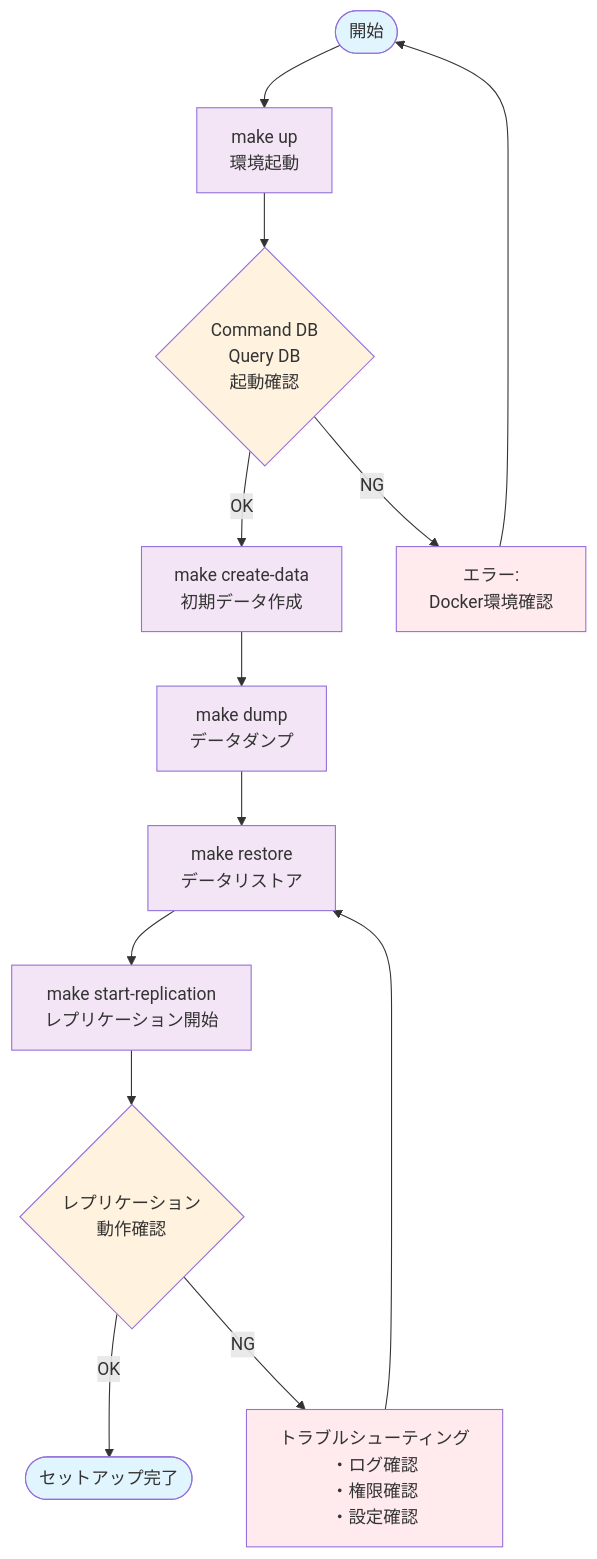
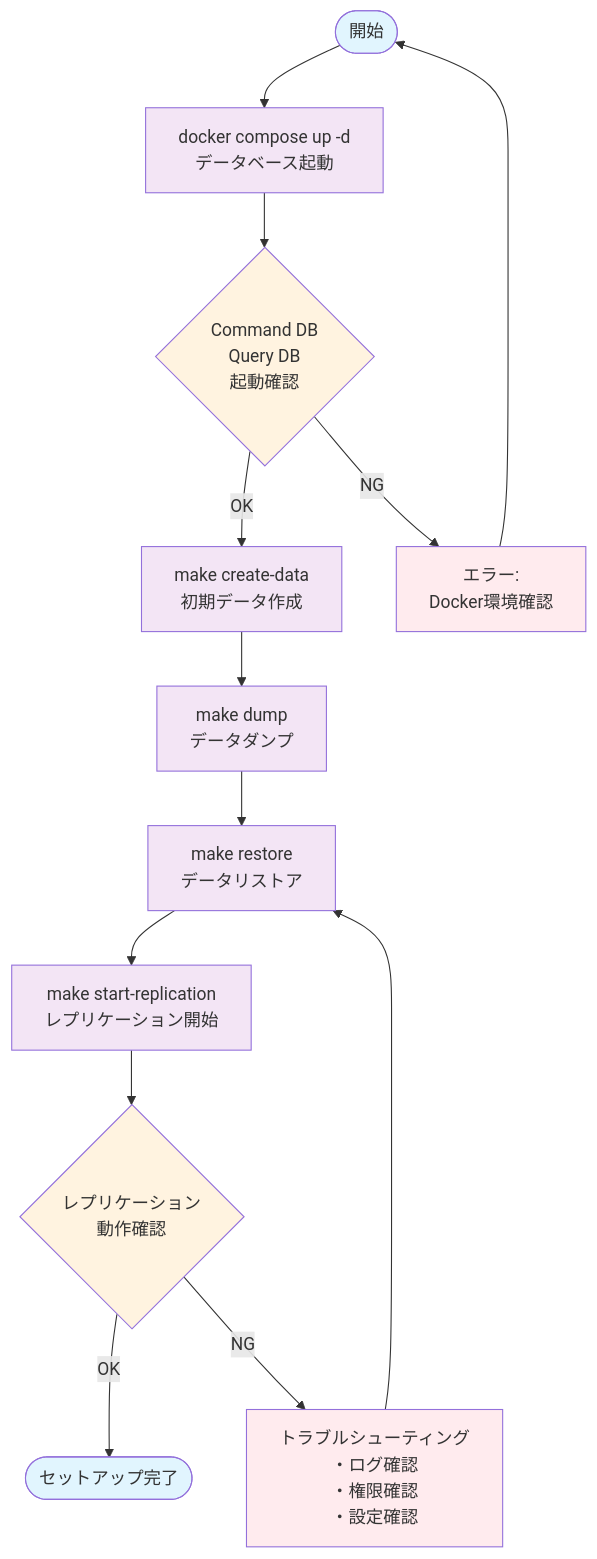
The fourth of 5 diagrams in workbench/db/README.md (haru-256/practical-go-grpc-micro-service), drawn with Mermaid before and after one commit. The commit also changed other lines of this file and 2 other files, not shown here.

Commit message:
docs: Update README and Makefile for improved Docker Compose usage and clarity

````diff
--- a/workbench/db/README.md
+++ b/workbench/db/README.md
@@ -256,30 +274,30 @@
 ```mermaid
 flowchart TD
-    Start([開始]) --> Step1[make up<br/>環境起動]
-    Step1 --> Check1{Command DB<br/>Query DB<br/>起動確認}
+    Start([開始]) --> Step0[docker compose up -d<br/>データベース起動]
+    Step0 --> Check1{Command DB<br/>Query DB<br/>起動確認}
     Check1 -->|OK| Step2[make create-data<br/>初期データ作成]
     Check1 -->|NG| Error1[エラー:<br/>Docker環境確認]
     
     Step2 --> Step3[make dump<br/>データダンプ]
     Step3 --> Step4[make restore<br/>データリストア]
     Step4 --> Step5[make start-replication<br/>レプリケーション開始]
     Step5 --> Check2{レプリケーション<br/>動作確認}
     
     Check2 -->|OK| Success([セットアップ完了])
     Check2 -->|NG| Debug[トラブルシューティング<br/>・ログ確認<br/>・権限確認<br/>・設定確認]
     Debug --> Step4
     
     Error1 --> Start
     
     %% スタイル設定
     classDef startEnd fill:#e1f5fe
     classDef process fill:#f3e5f5
     classDef decision fill:#fff3e0
     classDef error fill:#ffebee
     classDef success fill:#e8f5e8
     
     class Start,Success startEnd
-    class Step1,Step2,Step3,Step4,Step5 process
+    class Step0,Step2,Step3,Step4,Step5 process
     class Check1,Check2 decision
     class Error1,Debug error
 ```
````
